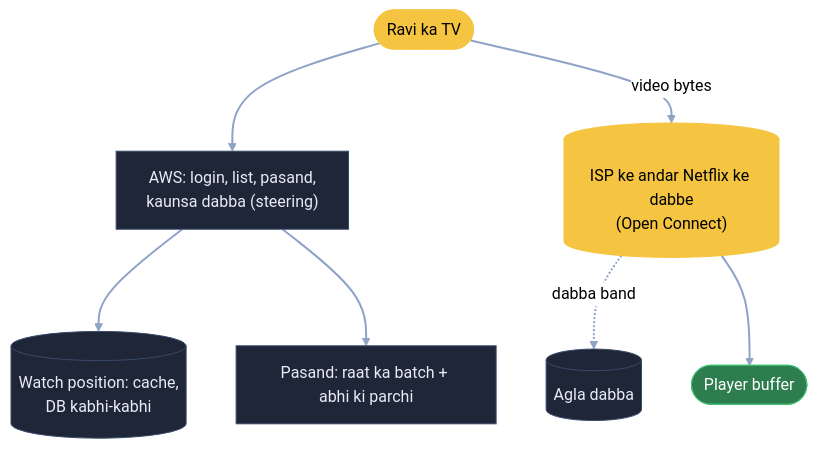
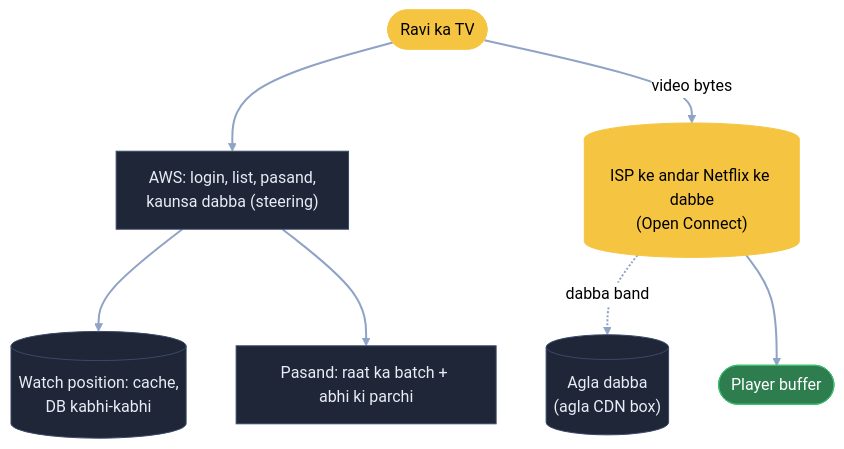
Before and after one commit to ArpanMaheshwari144/Prep: the ninth of 9 diagrams in 04_HLD/SYSTEM_DESIGNS/18_netflix/18_netflix.md, drawn with Mermaid (neutral theme). The commit also changed other lines of this file and 20 other files, not shown here.

Commit message:
HLD main files: diagram me kahani shabd + bracket me asli naam (21 design, 182 label)

````diff
--- a/04_HLD/SYSTEM_DESIGNS/18_netflix/18_netflix.md
+++ b/04_HLD/SYSTEM_DESIGNS/18_netflix/18_netflix.md
@@ -387,14 +387,14 @@
 ```mermaid
 flowchart TB
     TV(["Ravi ka TV"]):::pill --> AWS["AWS: login, list, pasand,<br/>kaunsa dabba (steering)"]:::card
     AWS --> WP[("Watch position: cache,<br/>DB kabhi-kabhi")]:::card
     AWS --> RC["Pasand: raat ka batch + abhi ki parchi"]:::card
     TV -- "video bytes" --> OC[("ISP ke andar Netflix ke dabbe<br/>(Open Connect)")]:::pill
-    OC -. "dabba band" .-> OC2[("Agla dabba")]:::card
+    OC -. "dabba band" .-> OC2[("Agla dabba<br/>(agla CDN box)")]:::card
     OC --> B(["Player buffer"]):::good
     linkStyle default stroke:#8fa3c7,stroke-width:2px
     classDef card fill:#1e2638,stroke:#3a4a6b,color:#e8ecf5
     classDef pill fill:#f5c542,stroke:#f5c542,color:#000
     classDef good fill:#2e7d4f,stroke:#3fbf6f,color:#fff
     classDef bad fill:#5c1f24,stroke:#e05561,color:#fff
 ```
````
